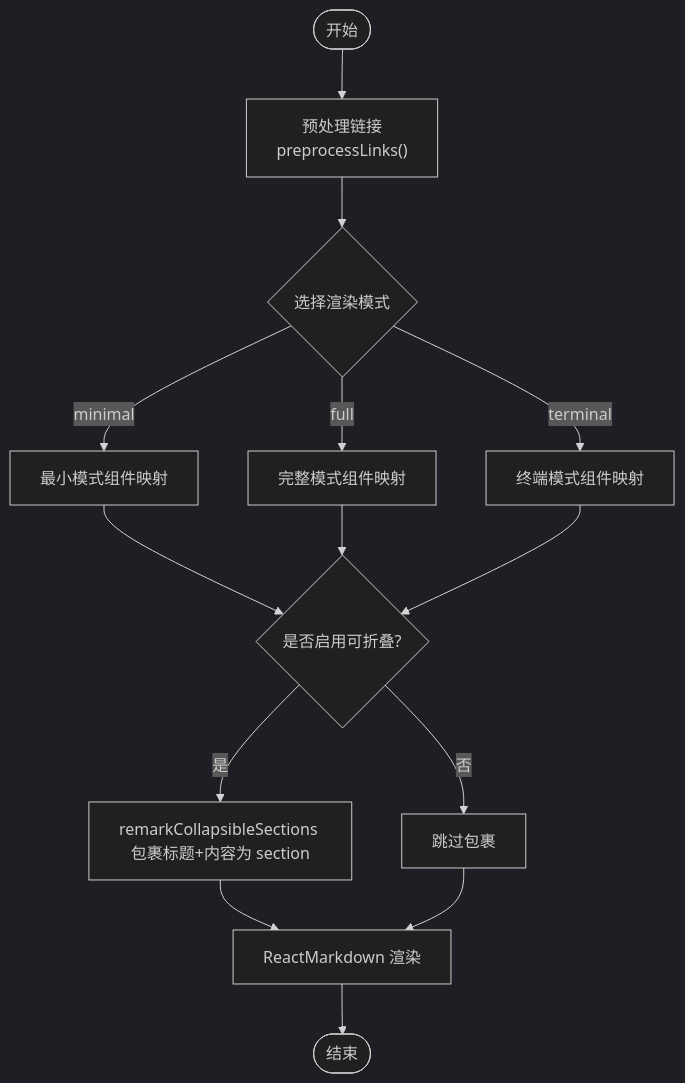
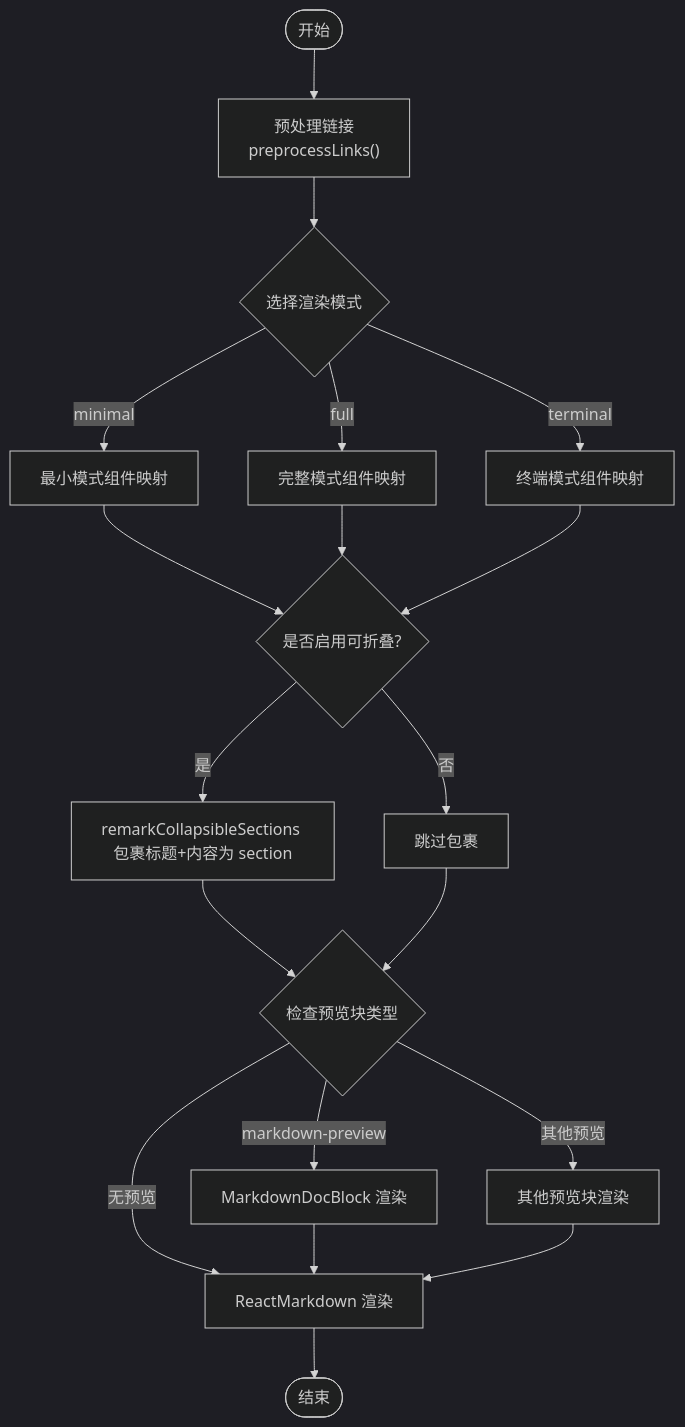
One commit to haolange/craft-agents-oss changed the third of 10 diagrams in .qoder/repowiki/zh/content/UI 组件库/Markdown 组件.md. Above: the diagram before and after it, drawn with Mermaid (dark theme). The commit also changed other lines of this file and 5 other files, not shown here.

````diff
--- a/.qoder/repowiki/zh/content/UI 组件库/Markdown 组件.md
+++ b/.qoder/repowiki/zh/content/UI 组件库/Markdown 组件.md
@@ -140,16 +171,21 @@
 ```mermaid
 flowchart TD
   Start(["开始"]) --> Pre["预处理链接<br/>preprocessLinks()"]
   Pre --> Mode{"选择渲染模式"}
   Mode -->|terminal| Term["终端模式组件映射"]
   Mode -->|minimal| Min["最小模式组件映射"]
   Mode -->|full| Full["完整模式组件映射"]
   Min --> Coll{"是否启用可折叠?"}
   Full --> Coll
   Term --> Coll
   Coll -->|是| Wrap["remarkCollapsibleSections 包裹标题+内容为 section"]
   Coll -->|否| Skip["跳过包裹"]
-  Wrap --> Render["ReactMarkdown 渲染"]
-  Skip --> Render
+  Wrap --> Preview{"检查预览块类型"}
+  Skip --> Preview
+  Preview -->|markdown-preview| MD["MarkdownDocBlock 渲染"]
+  Preview -->|其他预览| Other["其他预览块渲染"]
+  Preview -->|无预览| Render["ReactMarkdown 渲染"]
+  MD --> Render
+  Other --> Render
   Render --> End(["结束"])
 ```
````
